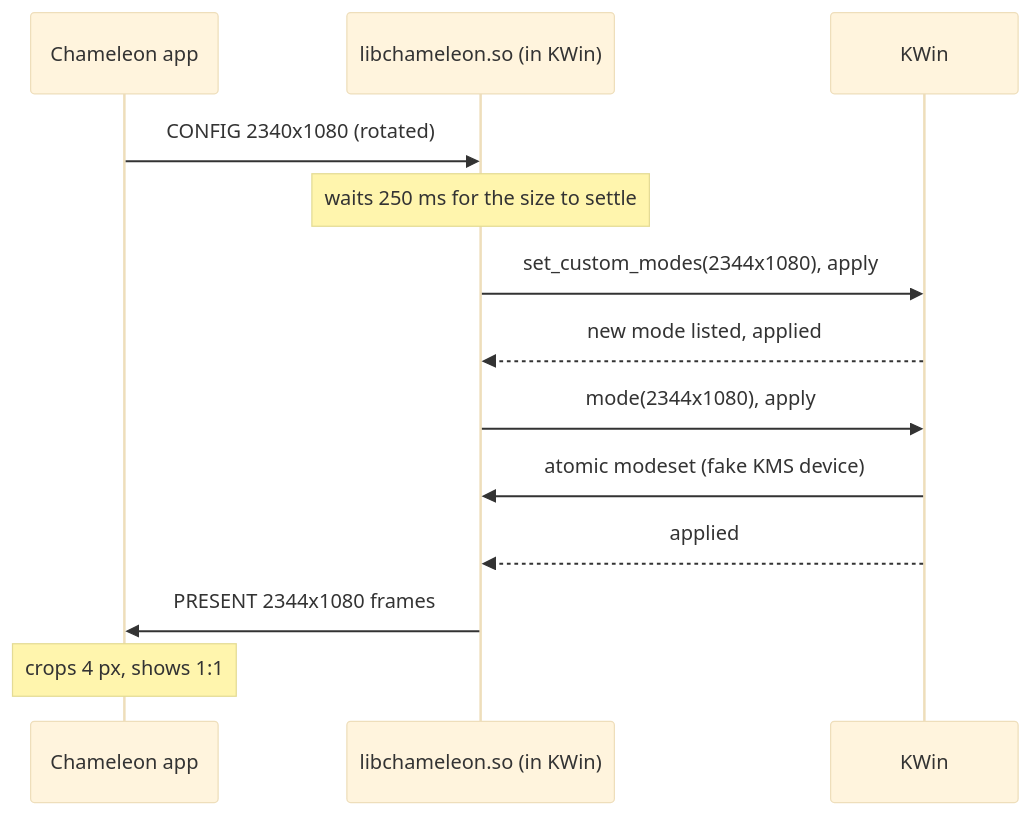
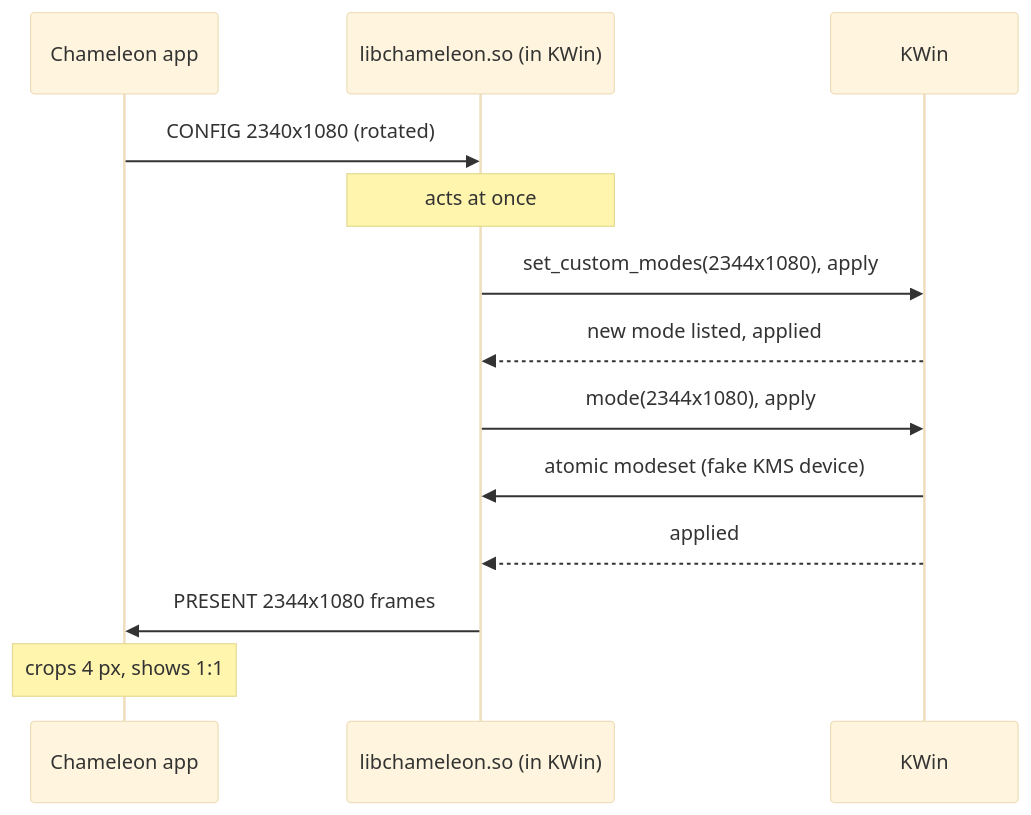
The second of 4 diagrams in README.md (HarryL0L/Project-Chameleon), drawn with Mermaid (base theme) before and after one commit. The commit also changed 2 other files, not shown here.

Commit message:
Resize KWin's screen as soon as the app's window changes
The shim waited 250 ms after the app reported a new window size before
asking KWin to switch, in case more sizes followed (keyboards, rotations).
Opening or closing the soft keyboard showed the old frame for that long.
Now a new size goes to KWin at once. Changes are still sent one at a time:
a size that arrives while KWin is switching replaces the pending one, so
the latest wins.

On the real kwin_wayland (container), opening/closing the keyboard now gets
KWin's frame at the new size after ~10 ms instead of ~260 ms.

Claude-Session: https://claude.ai/code/session_0189b9shDSZznxevk4X1a8UZ

````diff
--- a/README.md
+++ b/README.md
@@ -225,15 +225,15 @@
 ```mermaid
 sequenceDiagram
     participant A as Chameleon app
     participant S as libchameleon.so (in KWin)
     participant K as KWin
     A->>S: CONFIG 2340x1080 (rotated)
-    Note over S: waits 250 ms for the size to settle
+    Note over S: acts at once
     S->>K: set_custom_modes(2344x1080), apply
     K-->>S: new mode listed, applied
     S->>K: mode(2344x1080), apply
     K->>S: atomic modeset (fake KMS device)
     K-->>S: applied
     S->>A: PRESENT 2344x1080 frames
     Note over A: crops 4 px, shows 1:1
 ```
````
